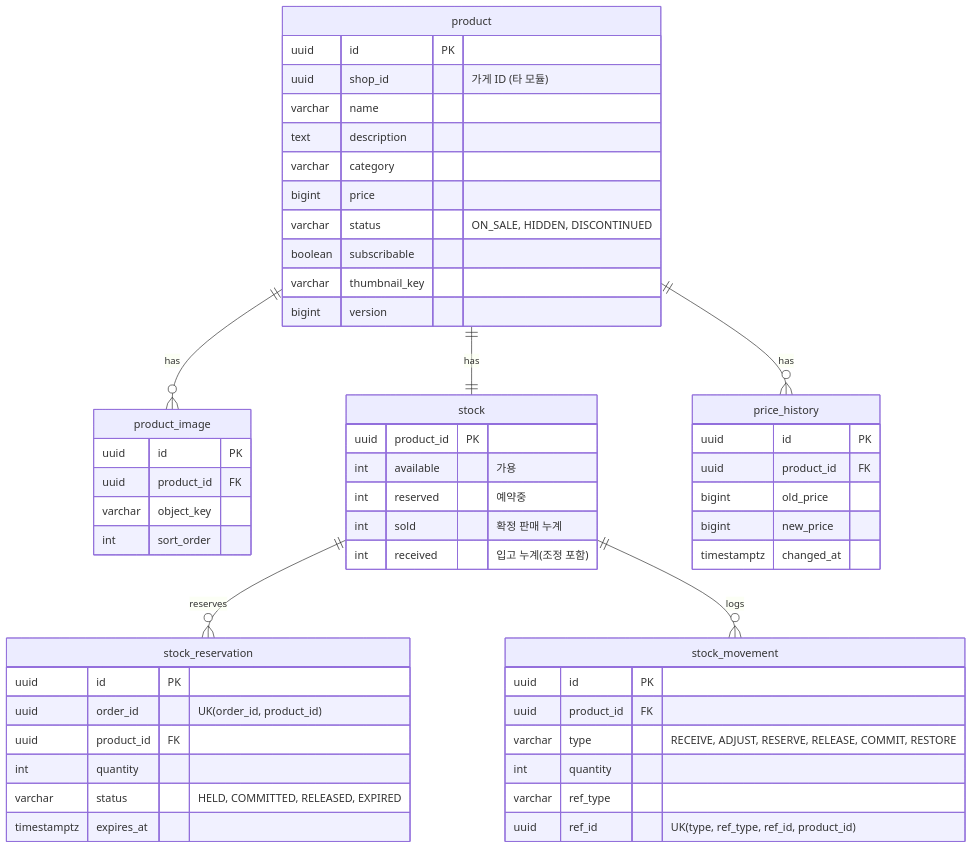
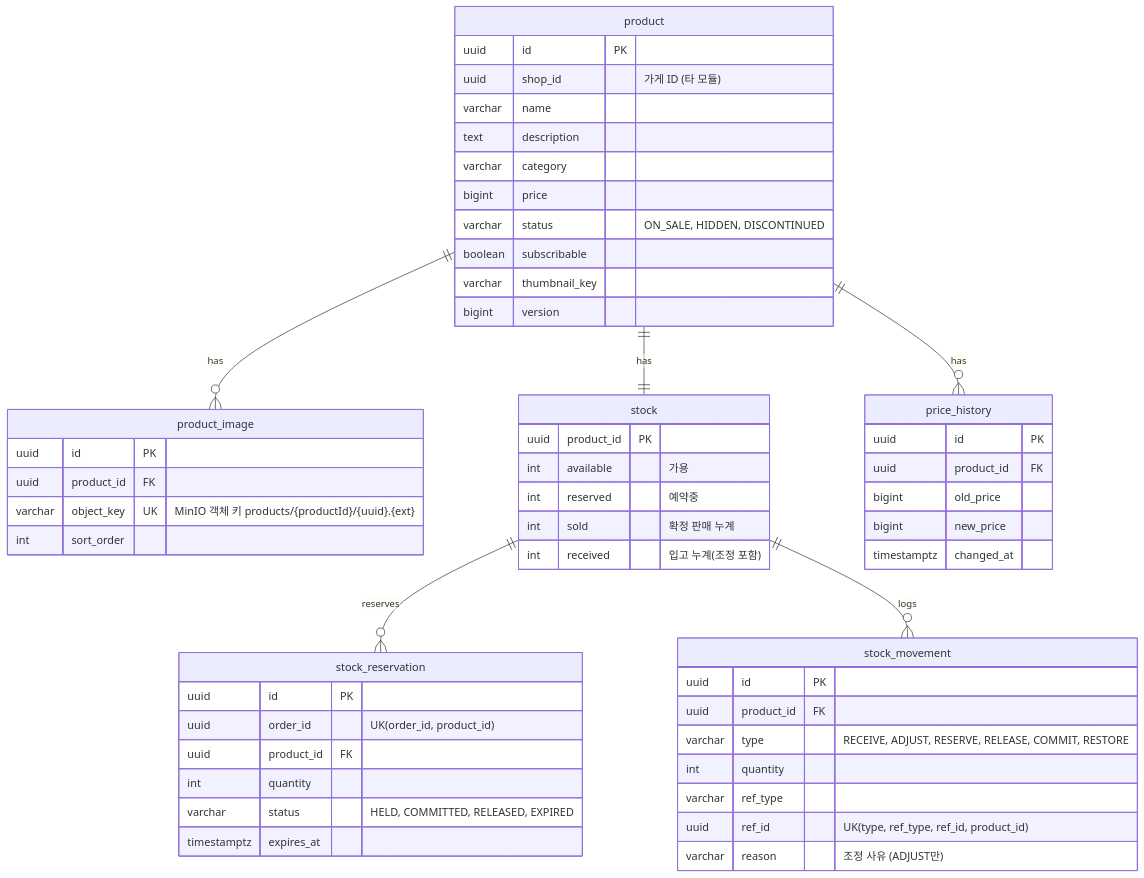
Before and after one commit to 95twan/myroutine-v2: the third of 10 diagrams in docs/02-design/03-erd.md, drawn with Mermaid. The commit also changed other lines of this file and 27 other files, not shown here.

````diff
--- a/docs/02-design/03-erd.md
+++ b/docs/02-design/03-erd.md
@@ -87,56 +90,57 @@
 ```mermaid
 erDiagram
   product ||--o{ product_image : has
   product ||--|| stock : has
   product ||--o{ price_history : has
   stock ||--o{ stock_reservation : reserves
   stock ||--o{ stock_movement : logs
   product {
     uuid id PK
     uuid shop_id "가게 ID (타 모듈)"
     varchar name
     text description
     varchar category
     bigint price
     varchar status "ON_SALE, HIDDEN, DISCONTINUED"
     boolean subscribable
     varchar thumbnail_key
     bigint version
   }
   product_image {
     uuid id PK
     uuid product_id FK
-    varchar object_key
+    varchar object_key UK "MinIO 객체 키 products/{productId}/{uuid}.{ext}"
     int sort_order
   }
   price_history {
     uuid id PK
     uuid product_id FK
     bigint old_price
     bigint new_price
     timestamptz changed_at
   }
   stock {
     uuid product_id PK
     int available "가용"
     int reserved "예약중"
     int sold "확정 판매 누계"
     int received "입고 누계(조정 포함)"
   }
   stock_reservation {
     uuid id PK
     uuid order_id "UK(order_id, product_id)"
     uuid product_id FK
     int quantity
     varchar status "HELD, COMMITTED, RELEASED, EXPIRED"
     timestamptz expires_at
   }
   stock_movement {
     uuid id PK
     uuid product_id FK
     varchar type "RECEIVE, ADJUST, RESERVE, RELEASE, COMMIT, RESTORE"
     int quantity
     varchar ref_type
     uuid ref_id "UK(type, ref_type, ref_id, product_id)"
+    varchar reason "조정 사유 (ADJUST만)"
   }
 ```
````
